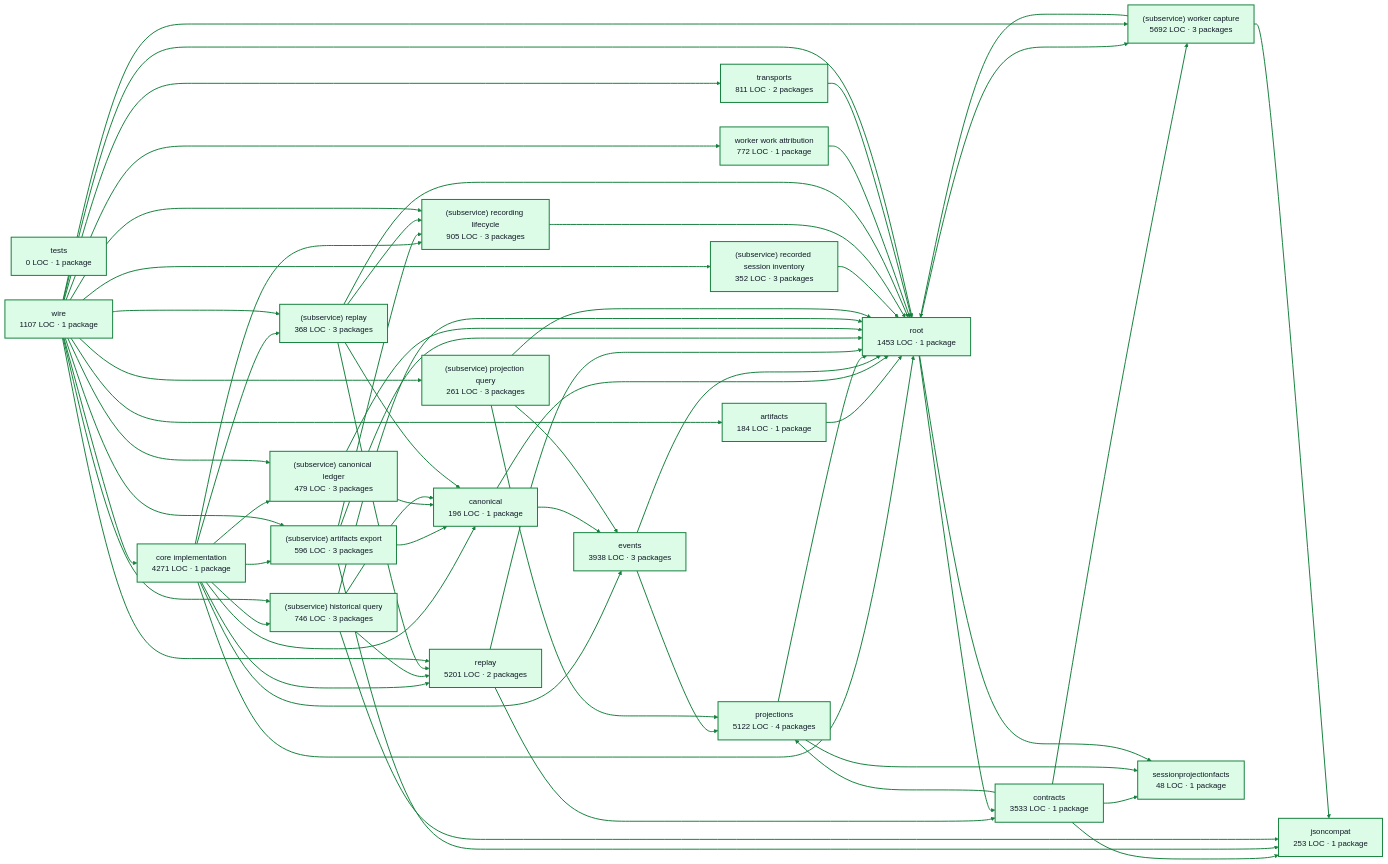
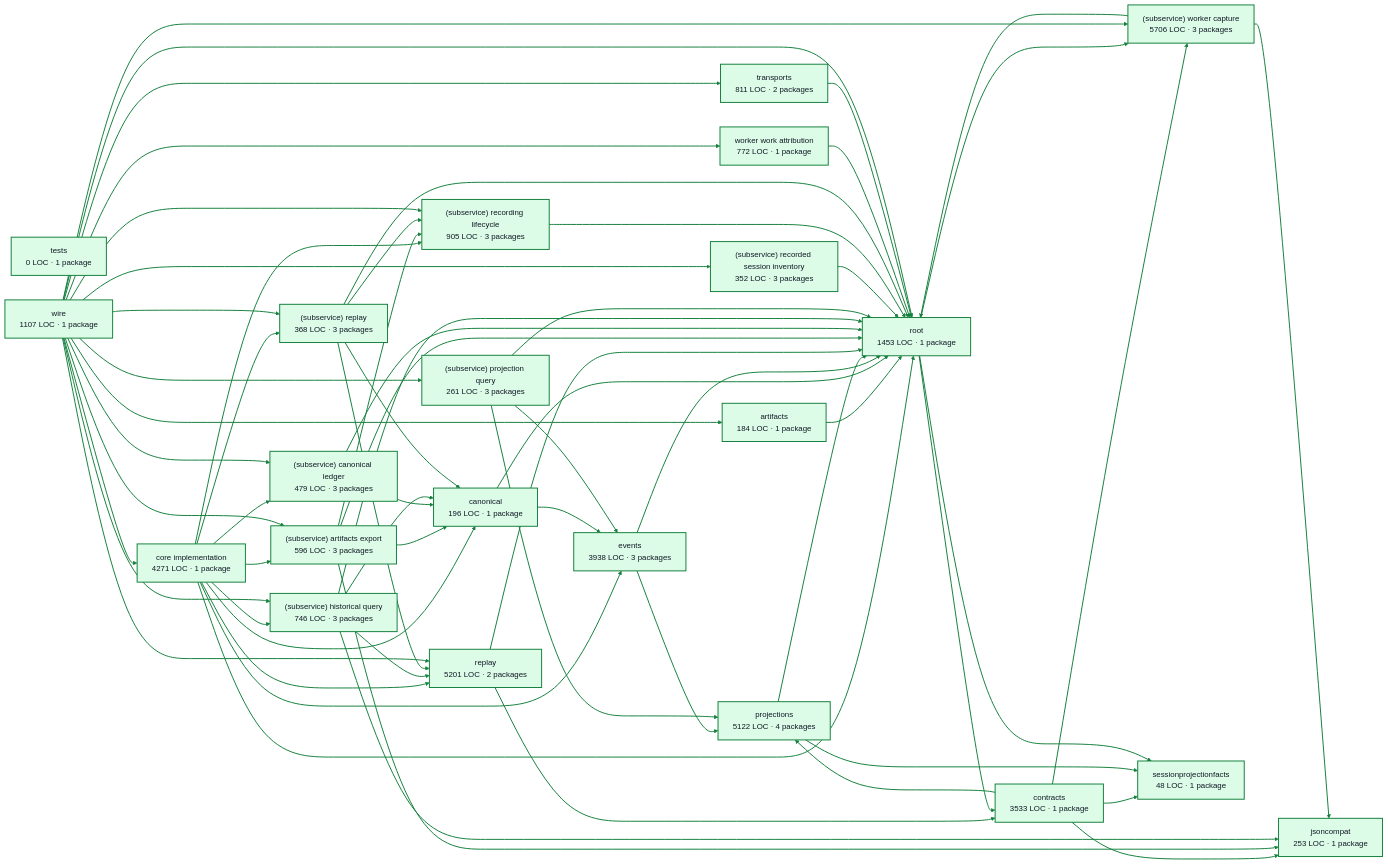
Before and after one commit to portpowered/you-agent-factory: the diagram in docs/architecture/visualizations/services/recordings.md, drawn with Mermaid. The commit also changed other lines of this file and 20 other files, not shown here.

Commit message:
docs: refresh backend architecture visualizations

```diff
--- a/docs/architecture/visualizations/services/recordings.md
+++ b/docs/architecture/visualizations/services/recordings.md
@@ -25,7 +25,7 @@
   p12["(subservice) recorded session inventory<br/>352 LOC · 3 packages"]
   p13["(subservice) recording lifecycle<br/>905 LOC · 3 packages"]
   p14["(subservice) replay<br/>368 LOC · 3 packages"]
-  p15["(subservice) worker capture<br/>5692 LOC · 3 packages"]
+  p15["(subservice) worker capture<br/>5706 LOC · 3 packages"]
   p16["sessionprojectionfacts<br/>48 LOC · 1 package"]
   p17["tests<br/>0 LOC · 1 package"]
   p18["worker work attribution<br/>772 LOC · 1 package"]
```
